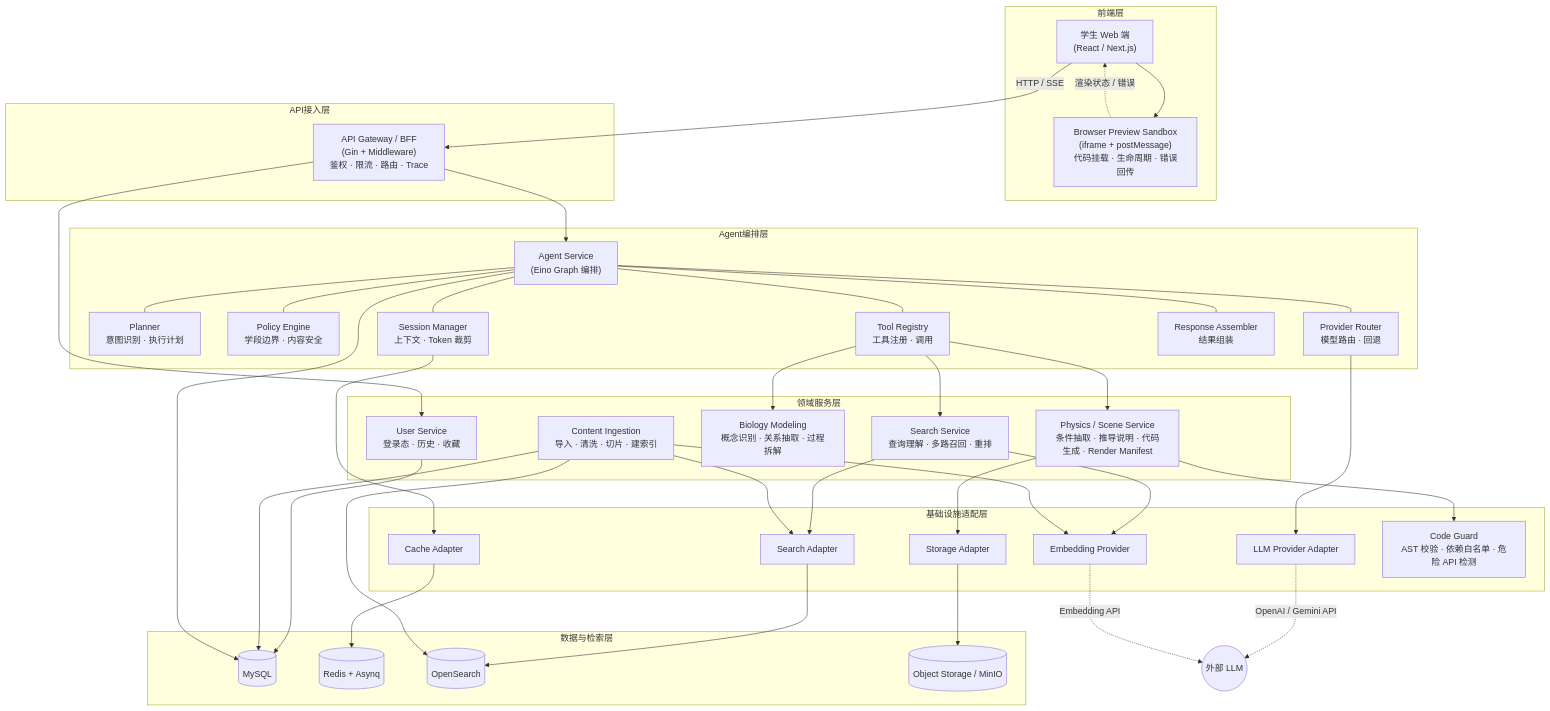
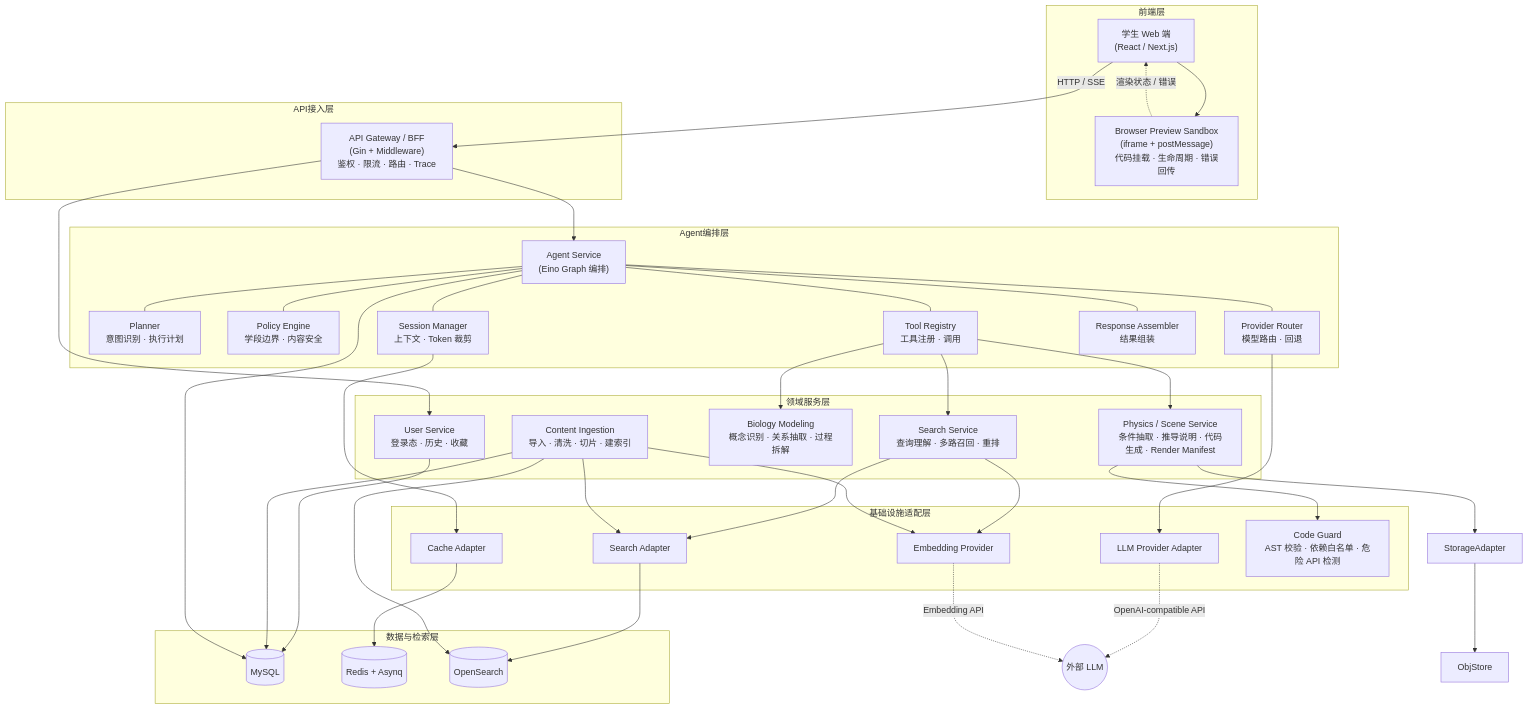
The first of 3 diagrams in docs/tech-solution.md (beihai0xff/snowy), drawn with Mermaid before and after one commit. The commit also changed other lines of this file and 139 other files, not shown here.

````diff
--- a/docs/tech-solution.md
+++ b/docs/tech-solution.md
@@ -212,82 +212,80 @@
 ```mermaid
 graph TB
     subgraph 前端层
         SnowyWeb["学生 Web 端<br/>(React / Next.js)"]
         PreviewSandbox["Browser Preview Sandbox<br/>(iframe + postMessage)<br/>代码挂载 · 生命周期 · 错误回传"]
     end
 
     subgraph API接入层
         Gateway["API Gateway / BFF<br/>(Gin + Middleware)<br/>鉴权 · 限流 · 路由 · Trace"]
     end
 
     subgraph Agent编排层
         AgentService["Agent Service<br/>(Eino Graph 编排)"]
         Planner["Planner<br/>意图识别 · 执行计划"]
         PolicyEngine["Policy Engine<br/>学段边界 · 内容安全"]
         ProviderRouter["Provider Router<br/>模型路由 · 回退"]
         SessionMgr["Session Manager<br/>上下文 · Token 裁剪"]
         ToolRegistry["Tool Registry<br/>工具注册 · 调用"]
         Assembler["Response Assembler<br/>结果组装"]
 
         AgentService --- Planner
         AgentService --- PolicyEngine
         AgentService --- ProviderRouter
         AgentService --- SessionMgr
         AgentService --- ToolRegistry
         AgentService --- Assembler
     end
 
     subgraph 领域服务层
         SearchSvc["Search Service<br/>查询理解 · 多路召回 · 重排"]
         PhysicsSvc["Physics / Scene Service<br/>条件抽取 · 推导说明 · 代码生成 · Render Manifest"]
         BiologySvc["Biology Modeling<br/>概念识别 · 关系抽取 · 过程拆解"]
         UserSvc["User Service<br/>登录态 · 历史 · 收藏"]
         ContentSvc["Content Ingestion<br/>导入 · 清洗 · 切片 · 建索引"]
     end
 
     subgraph 基础设施适配层
         LLMAdapter["LLM Provider Adapter"]
         EmbAdapter["Embedding Provider"]
         SearchAdapter["Search Adapter"]
-        StorageAdapter["Storage Adapter"]
         CacheAdapter["Cache Adapter"]
         CodeGuard["Code Guard<br/>AST 校验 · 依赖白名单 · 危险 API 检测"]
     end
 
     subgraph 数据与检索层
         MySQL[(MySQL)]
         Redis[(Redis + Asynq)]
         OS[(OpenSearch)]
-        ObjStore[(Object Storage / MinIO)]
     end
 
     SnowyWeb -->|"HTTP / SSE"| Gateway
     SnowyWeb --> PreviewSandbox
     PreviewSandbox -.->|"渲染状态 / 错误"| SnowyWeb
     Gateway --> AgentService
     Gateway --> UserSvc
 
     ToolRegistry --> SearchSvc
     ToolRegistry --> PhysicsSvc
     ToolRegistry --> BiologySvc
 
     ProviderRouter --> LLMAdapter
     SearchSvc --> SearchAdapter
     SearchSvc --> EmbAdapter
     ContentSvc --> EmbAdapter
     ContentSvc --> SearchAdapter
     PhysicsSvc --> CodeGuard
     PhysicsSvc --> StorageAdapter
 
-    LLMAdapter -.->|"OpenAI / Gemini API"| ExtLLM((外部 LLM))
+    LLMAdapter -.->|"OpenAI-compatible API"| ExtLLM((外部 LLM))
     EmbAdapter -.->|"Embedding API"| ExtLLM
     SearchAdapter --> OS
     StorageAdapter --> ObjStore
     CacheAdapter --> Redis
     SessionMgr --> CacheAdapter
 
     UserSvc --> MySQL
     ContentSvc --> MySQL
     ContentSvc --> OS
     AgentService --> MySQL
 ```
````
